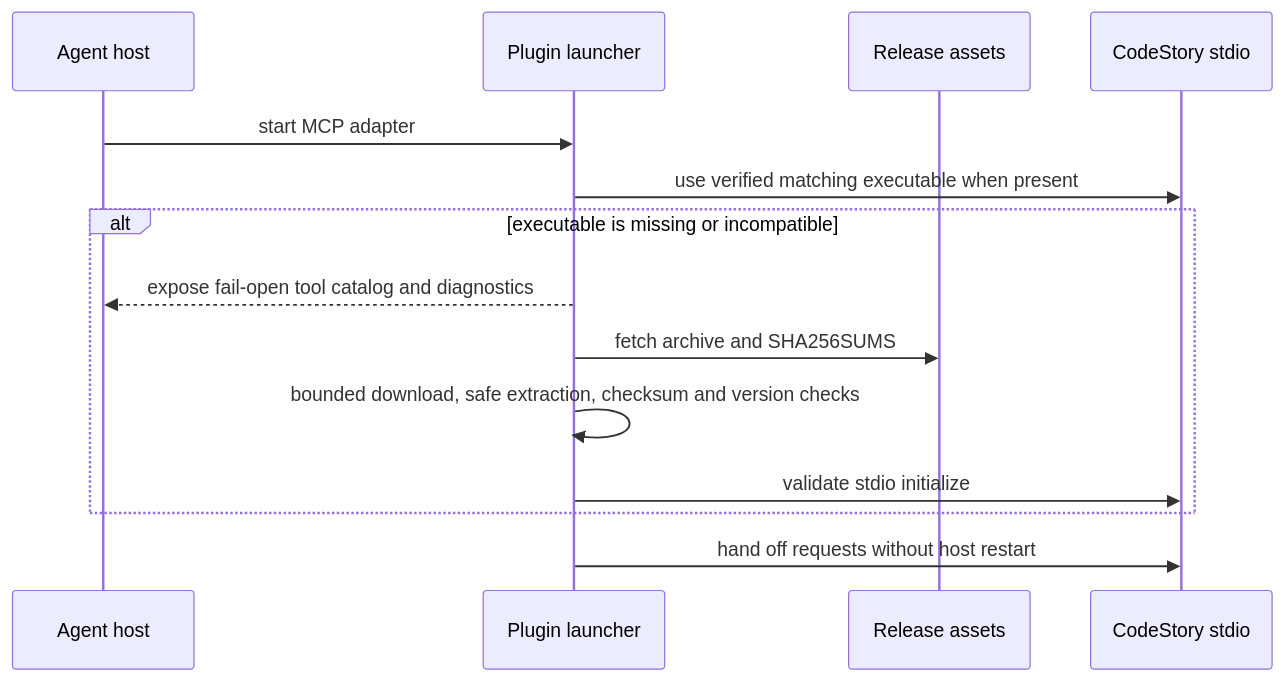
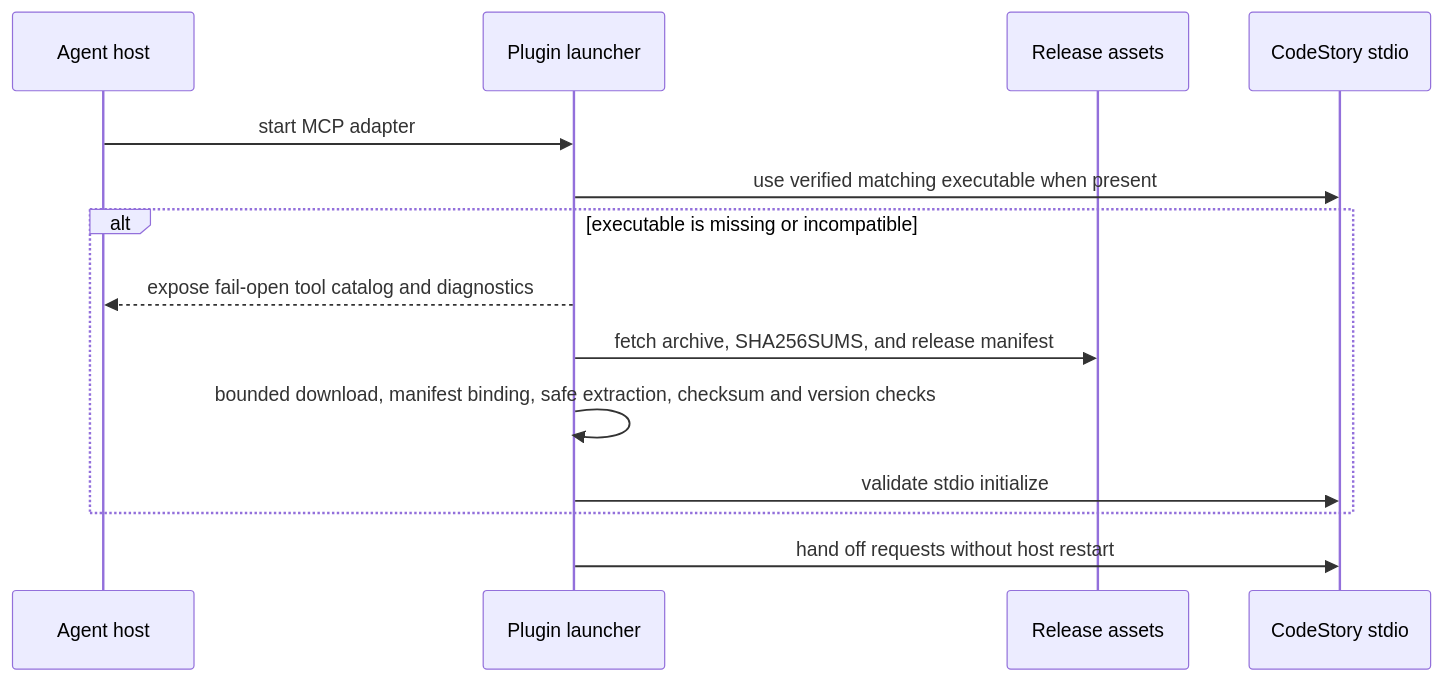
Before and after one commit to TheGreenCedar/CodeStory: the first of 2 diagrams in docs/architecture/host-integration.md, drawn with Mermaid. The commit also changed other lines of this file and 22 other files, not shown here.

````diff
--- a/docs/architecture/host-integration.md
+++ b/docs/architecture/host-integration.md
@@ -10,17 +10,17 @@
 ```mermaid
 sequenceDiagram
     participant Host as Agent host
     participant Launcher as Plugin launcher
     participant Release as Release assets
     participant CLI as CodeStory stdio
 
     Host->>Launcher: start MCP adapter
     Launcher->>CLI: use verified matching executable when present
     alt executable is missing or incompatible
         Launcher-->>Host: expose fail-open tool catalog and diagnostics
-        Launcher->>Release: fetch archive and SHA256SUMS
-        Launcher->>Launcher: bounded download, safe extraction, checksum and version checks
+        Launcher->>Release: fetch archive, SHA256SUMS, and release manifest
+        Launcher->>Launcher: bounded download, manifest binding, safe extraction, checksum and version checks
         Launcher->>CLI: validate stdio initialize
     end
     Launcher->>CLI: hand off requests without host restart
 ```
````
